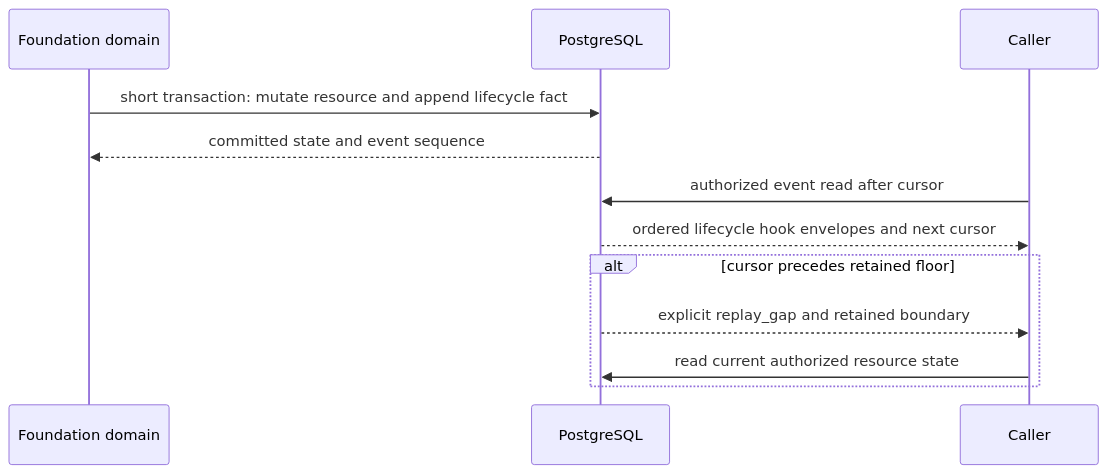
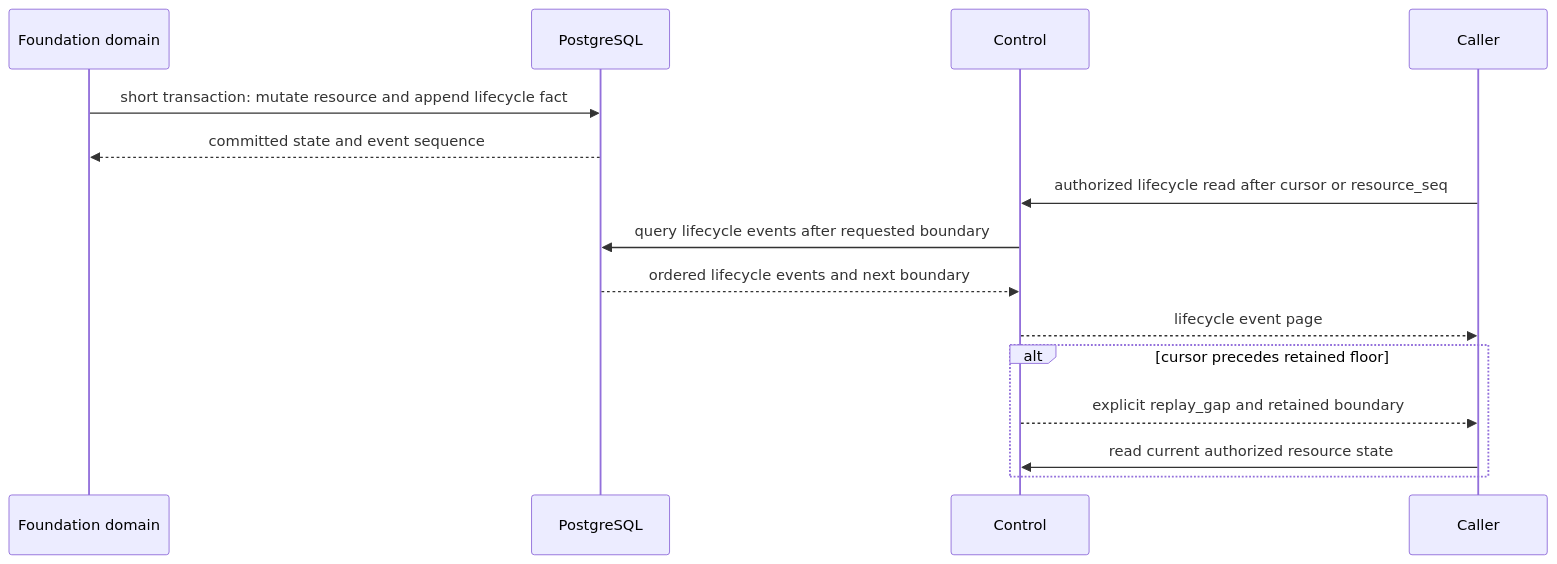
The third of 4 diagrams in spec/foundation-service/20a-hook-notifications.md (converge-ai-labs/agent-foundation), drawn with Mermaid before and after one commit. The commit also changed other lines of this file and 26 other files, not shown here.

Commit message:
(feature:foundation) complement agent control and hook and input protocol

````diff
--- a/spec/foundation-service/20a-hook-notifications.md
+++ b/spec/foundation-service/20a-hook-notifications.md
@@ -207,15 +433,18 @@
 ```mermaid
 sequenceDiagram
     participant Domain as Foundation domain
     participant DB as PostgreSQL
+    participant Control
     participant Caller
 
     Domain->>DB: short transaction: mutate resource and append lifecycle fact
     DB-->>Domain: committed state and event sequence
-    Caller->>DB: authorized event read after cursor
-    DB-->>Caller: ordered lifecycle hook envelopes and next cursor
+    Caller->>Control: authorized lifecycle read after cursor or resource_seq
+    Control->>DB: query lifecycle events after requested boundary
+    DB-->>Control: ordered lifecycle events and next boundary
+    Control-->>Caller: lifecycle event page
     alt cursor precedes retained floor
-        DB-->>Caller: explicit replay_gap and retained boundary
-        Caller->>DB: read current authorized resource state
+        Control-->>Caller: explicit replay_gap and retained boundary
+        Caller->>Control: read current authorized resource state
     end
 ```
````
